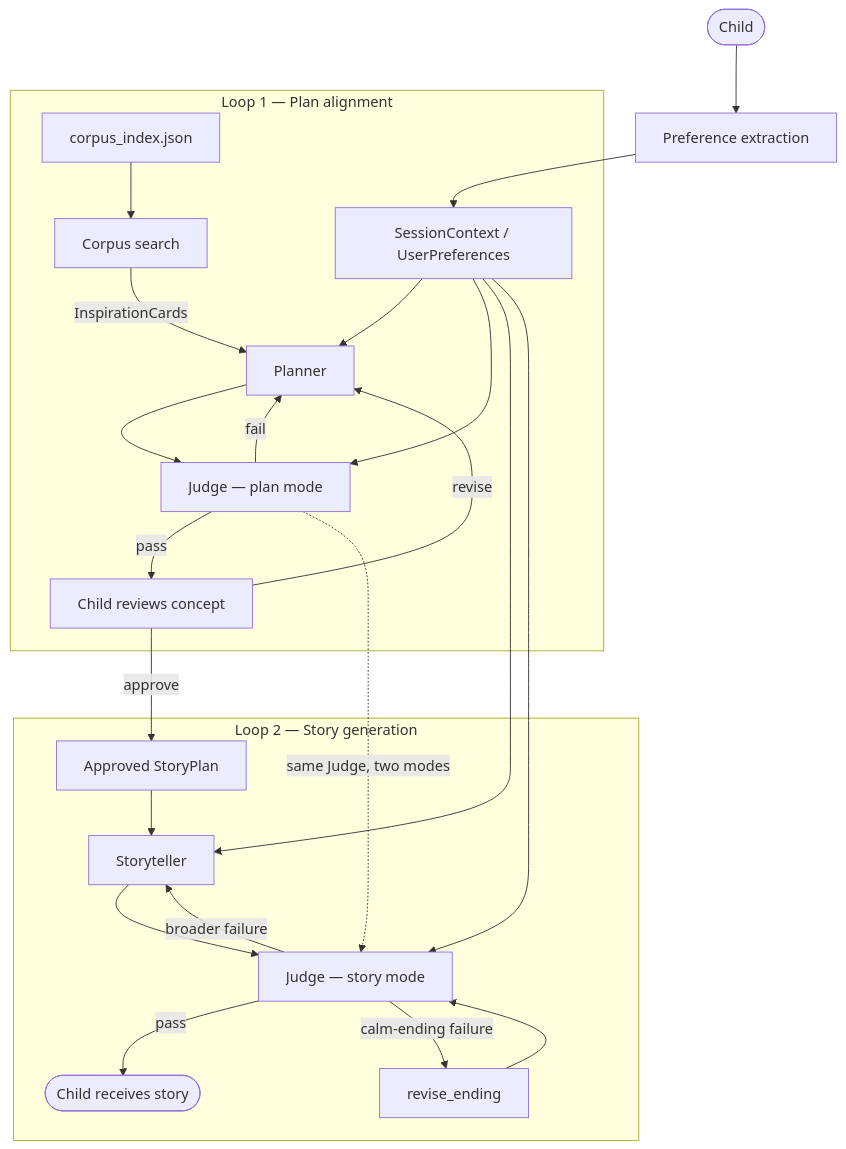
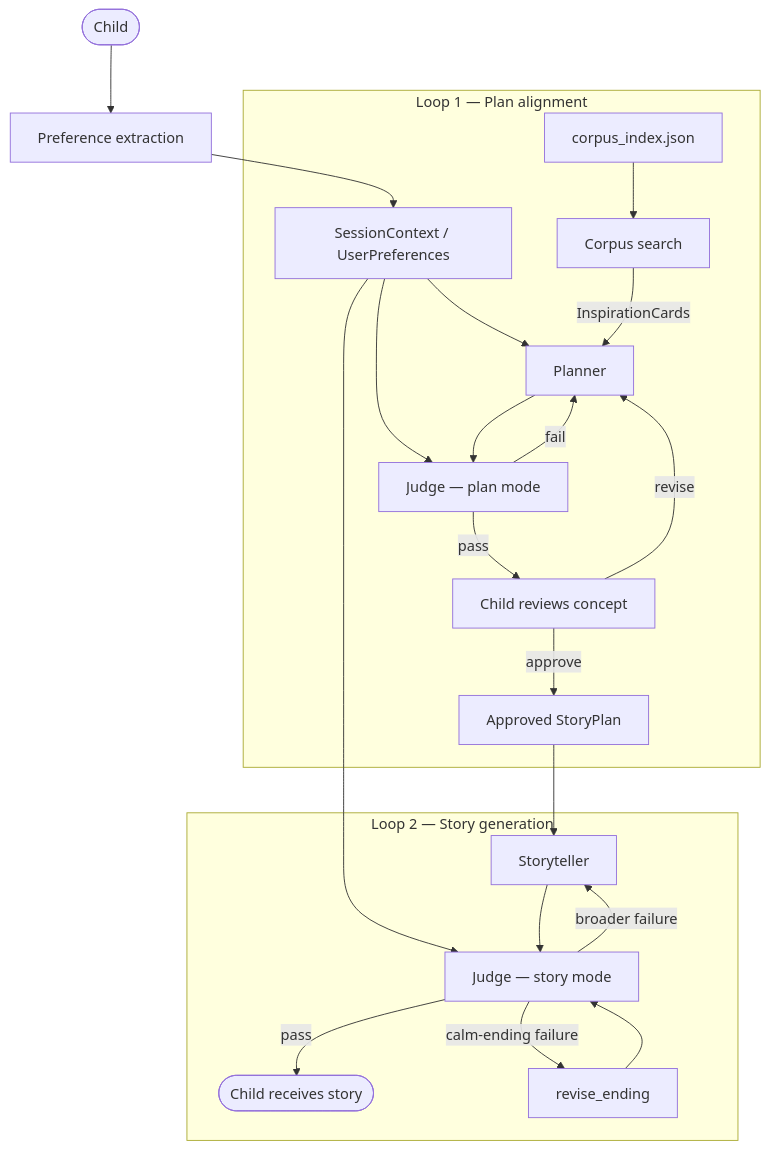
The diagram in README.md (ParthaSarathiDutta/BedtimeStoryForKids), drawn with Mermaid before and after one commit. The commit also changed other lines of this file, not shown here.

Commit message:
docs: final README terminology and architecture diagram cleanup

````diff
--- a/README.md
+++ b/README.md
@@ -47,31 +47,27 @@
 ```mermaid
 flowchart TD
     Child(["Child"]) --> Extract["Preference extraction"]
     Extract --> State["SessionContext / UserPreferences"]
 
     subgraph L1["Loop 1 — Plan alignment"]
         State --> Planner["Planner"]
+        State --> JPlan["Judge — plan mode"]
         Index["corpus_index.json"] --> Search["Corpus search"]
         Search -->|"InspirationCards"| Planner
-        Planner --> JPlan["Judge — plan mode"]
-        State --> JPlan
+        Planner --> JPlan
         JPlan -->|fail| Planner
         JPlan -->|pass| Review["Child reviews concept"]
         Review -->|revise| Planner
+        Review -->|approve| Plan["Approved StoryPlan"]
     end
-
-    Review -->|approve| Plan["Approved StoryPlan"]
 
     subgraph L2["Loop 2 — Story generation"]
         Plan --> Teller["Storyteller"]
-        State --> Teller
-        Teller --> JStory["Judge — story mode"]
-        State --> JStory
+        State --> JStory["Judge — story mode"]
+        Teller --> JStory
         JStory -->|pass| Out(["Child receives story"])
         JStory -->|broader failure| Teller
         JStory -->|calm-ending failure| RE["revise_ending"]
         RE --> JStory
     end
-
-    JPlan -.->|same Judge, two modes| JStory
 ```
````
